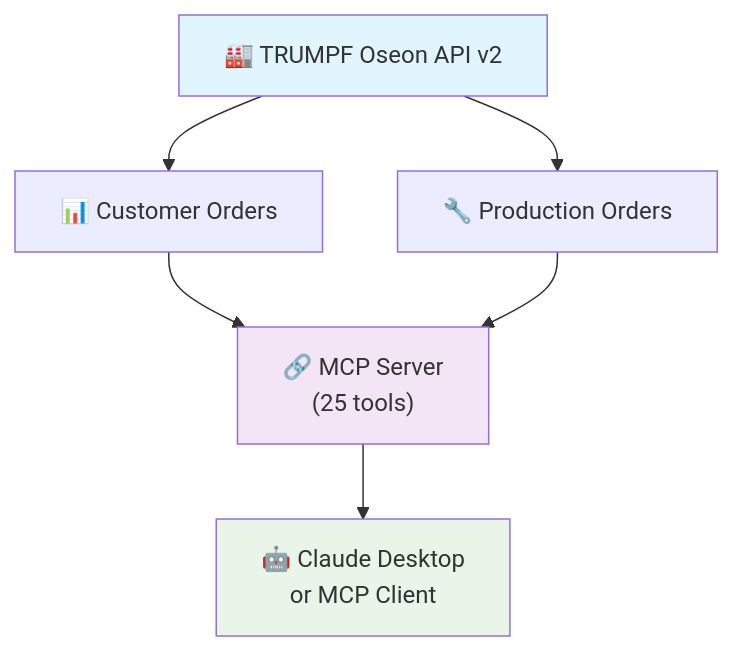
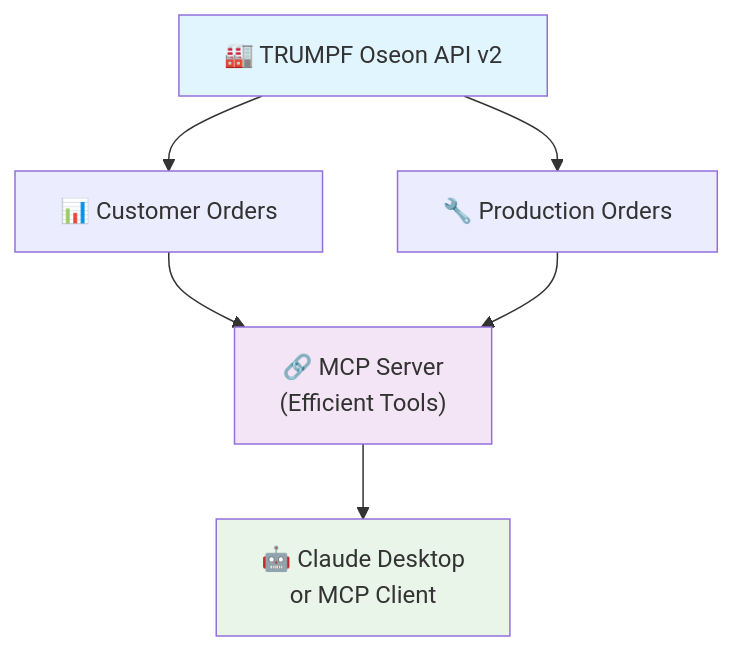
The diagram in README.md (SheetMetalConnect/Oseon-MCP), drawn with Mermaid before and after one commit. The commit also changed other lines of this file and 3 other files, not shown here.

````diff
--- a/README.md
+++ b/README.md
@@ -167,14 +162,14 @@
 ```mermaid
 graph TB
     A["🏭 TRUMPF Oseon API v2"] --> B["📊 Customer Orders"]
     A --> C["🔧 Production Orders"]
     
-    B --> D["🔗 MCP Server<br/>(25 tools)"]
+    B --> D["🔗 MCP Server<br/>(Efficient Tools)"]
     C --> D
     
     D --> E["🤖 Claude Desktop<br/>or MCP Client"]
     
     style A fill:#e1f5fe
     style D fill:#f3e5f5
     style E fill:#e8f5e8
 ```
````
